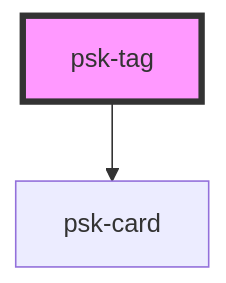
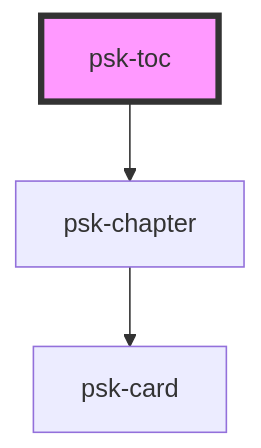
Before and after one commit to daniel-visoiu/cardinal: the diagram in src/components/pages-components/readme.md, drawn with Mermaid. The commit also changed other lines of this file and 8 other files, not shown here.

````diff
--- a/src/components/pages-components/readme.md
+++ b/src/components/pages-components/readme.md
@@ -15,5 +15,6 @@
 ```mermaid
 graph TD;
-  psk-tag --> psk-card
-  style psk-tag fill:#f9f,stroke:#333,stroke-width:4px
+  psk-toc --> psk-chapter
+  psk-chapter --> psk-card
+  style psk-toc fill:#f9f,stroke:#333,stroke-width:4px
 ```
````
